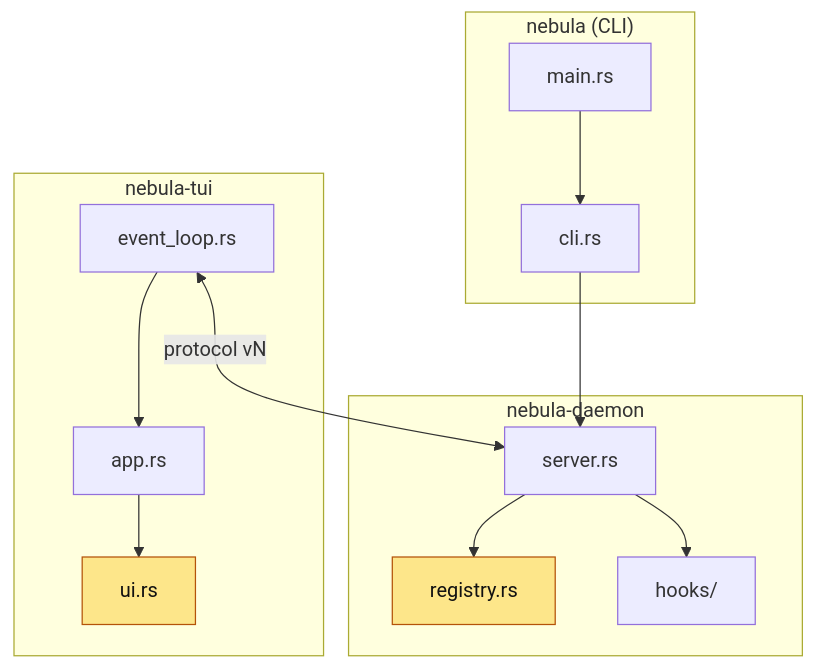
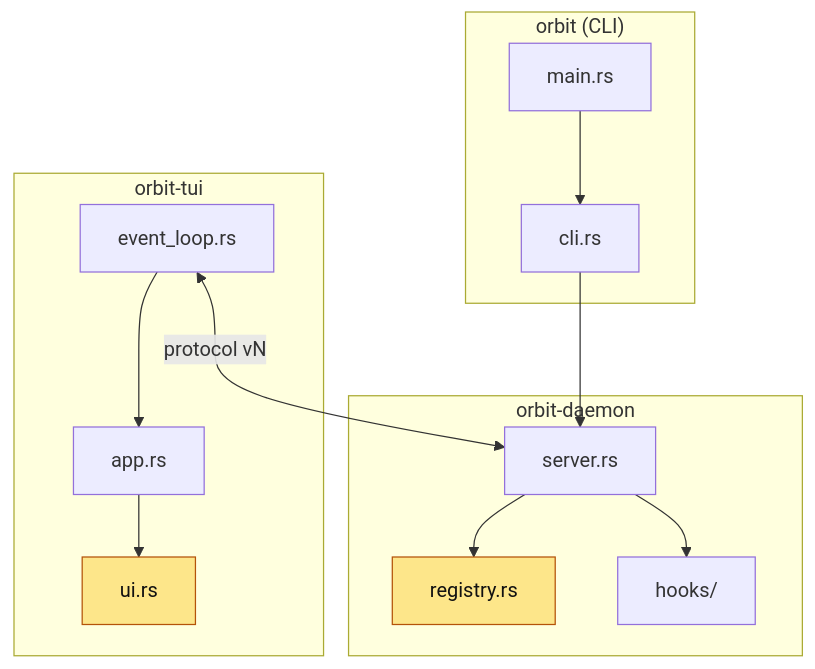
Before and after one commit to AgentSystemLabs/nebula: the diagram in .claude/skills/pr-description/templates/07-collapsible.md, drawn with Mermaid. The commit also changed other lines of this file and 436 other files, not shown here.

First line of the commit message:
Rebrand nebula to orbit

````diff
--- a/.claude/skills/pr-description/templates/07-collapsible.md
+++ b/.claude/skills/pr-description/templates/07-collapsible.md
@@ -47,17 +47,17 @@
 ```mermaid
 flowchart TB
-  subgraph cli["nebula (CLI)"]
+  subgraph cli["orbit (CLI)"]
     M[main.rs] --> CL[cli.rs]
   end
-  subgraph daemon["nebula-daemon"]
+  subgraph daemon["orbit-daemon"]
     S[server.rs] --> R[registry.rs]
     S --> H[hooks/]
   end
-  subgraph tui["nebula-tui"]
+  subgraph tui["orbit-tui"]
     E[event_loop.rs] --> A[app.rs] --> UI[ui.rs]
   end
   CL --> S
   E <-->|"protocol vN"| S
   classDef changed fill:#fde68a,stroke:#b45309,color:#111
   class R,UI changed
 ```
````
